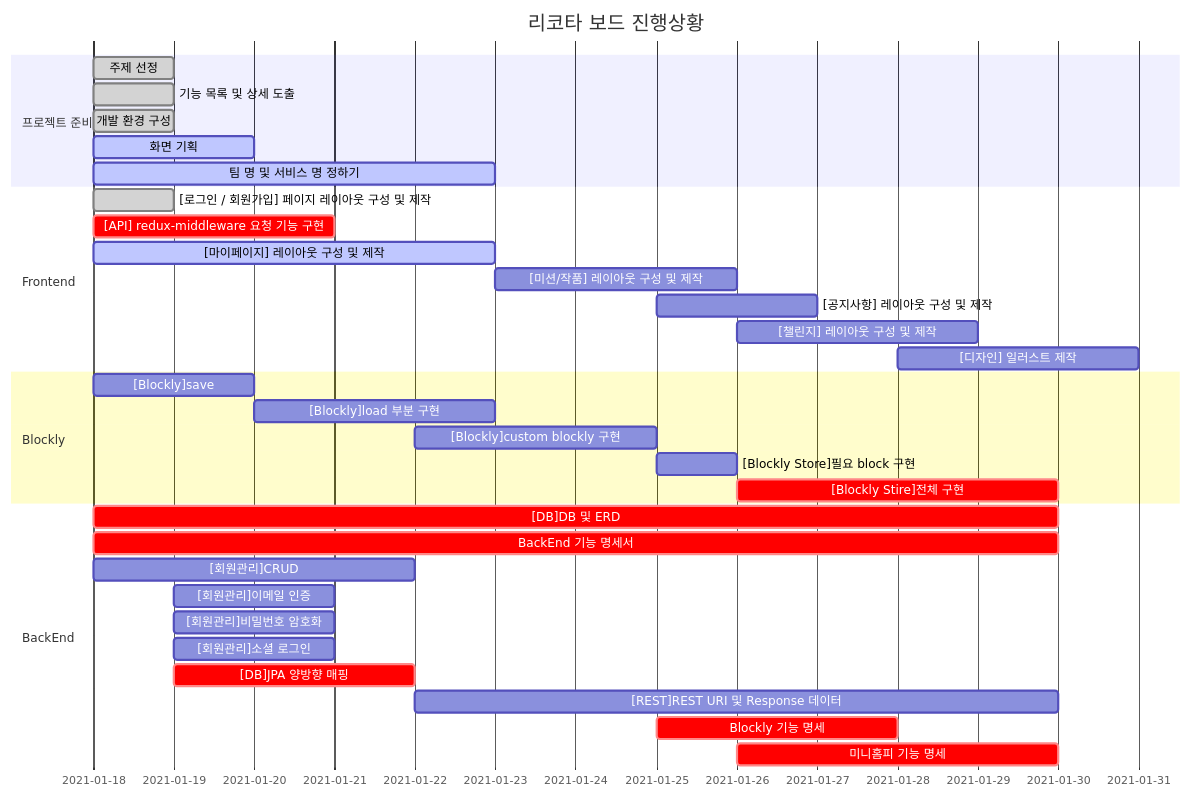
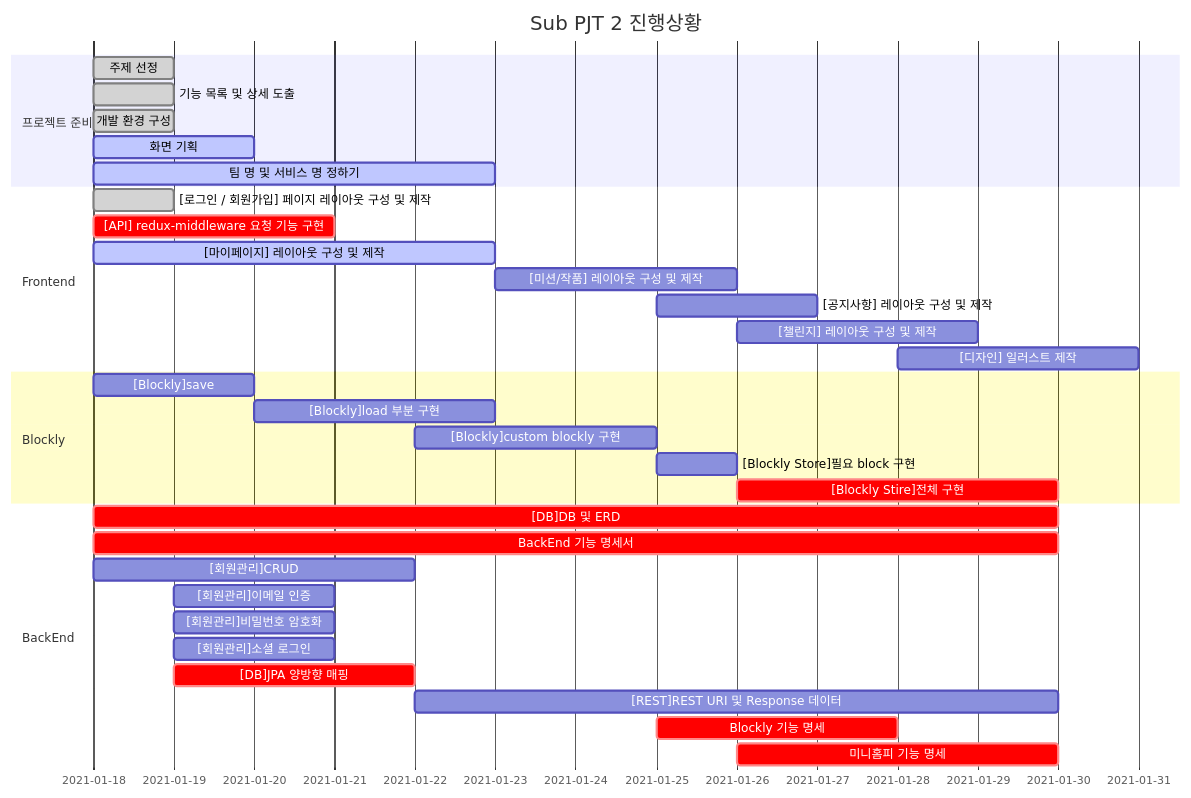
The diagram in README.md (Lets-Do-Great/Block-Village), drawn with Mermaid before and after one commit.

````diff
--- a/README.md
+++ b/README.md
@@ -129,43 +129,43 @@
 ```mermaid
 gantt
     dateFormat  MM-DD
-    title       리코타 보드 진행상황
+    title       Sub PJT 2 진행상황
     %% excludes    weekends
     %% (`excludes` accepts specific dates in YYYY-MM-DD format, days of the week ("sunday") or "weekends", but not the word "weekdays".)
 
     section 프로젝트 준비
     주제 선정				  :done, 01-18, 1d
     기능 목록 및 상세 도출			:done, 01-18, 1d
     개발 환경 구성             			:done, 01-18, 1d
     화면 기획				  :active, 01-18, 2d
     팀 명 및 서비스 명 정하기			  :active, 01-18, 5d
 	
 	section Frontend
     [로그인 / 회원가입] 페이지 레이아웃 구성 및 제작	:done, 01-18, 1d
     [API] redux-middleware 요청 기능 구현	      	 :crit, 01-18, 3d
     [마이페이지] 레이아웃 구성 및 제작 	 	 :active, 01-18, 5d
     [미션/작품] 레이아웃 구성 및 제작		 	 :todo, 01-23, 3d
     [공지사항] 레이아웃 구성 및 제작   	  		:todo, 01-25, 2d
     [챌린지] 레이아웃 구성 및 제작   	  		:todo, 01-26, 3d
     [디자인] 일러스트 제작	   	  		:todo, 01-28, 3d
     
     section Blockly
     [Blockly]save				  :todo,  01-18, 2d
     [Blockly]load 부분 구현			:todo, 01-20 , 3d
     [Blockly]custom blockly 구현				  :todo, 01-22, 3d
     [Blockly Store]필요 block 구현             :todo, 01-25, 1d
 	[Blockly Stire]전체 구현             :crit, 01-26, 4d
 
     section BackEnd
     [DB]DB 및 ERD				  :crit,  01-18, 12d
     BackEnd 기능 명세서			:crit, 01-18 , 12d
     [회원관리]CRUD				  :todo, 01-18, 4d
     [회원관리]이메일 인증             :todo, 01-19, 2d
 	[회원관리]비밀번호 암호화            :todo, 01-19, 2d
     [회원관리]소셜 로그인           :todo, 01-19, 2d
     [DB]JPA 양방향 매핑           :crit, 01-19, 3d
     [REST]REST URI 및 Response 데이터           :todo, 01-22, 8d
     Blockly 기능 명세           :crit, 01-25, 3d
     미니홈피 기능 명세           :crit, 01-26, 4d
     
 ```
````
